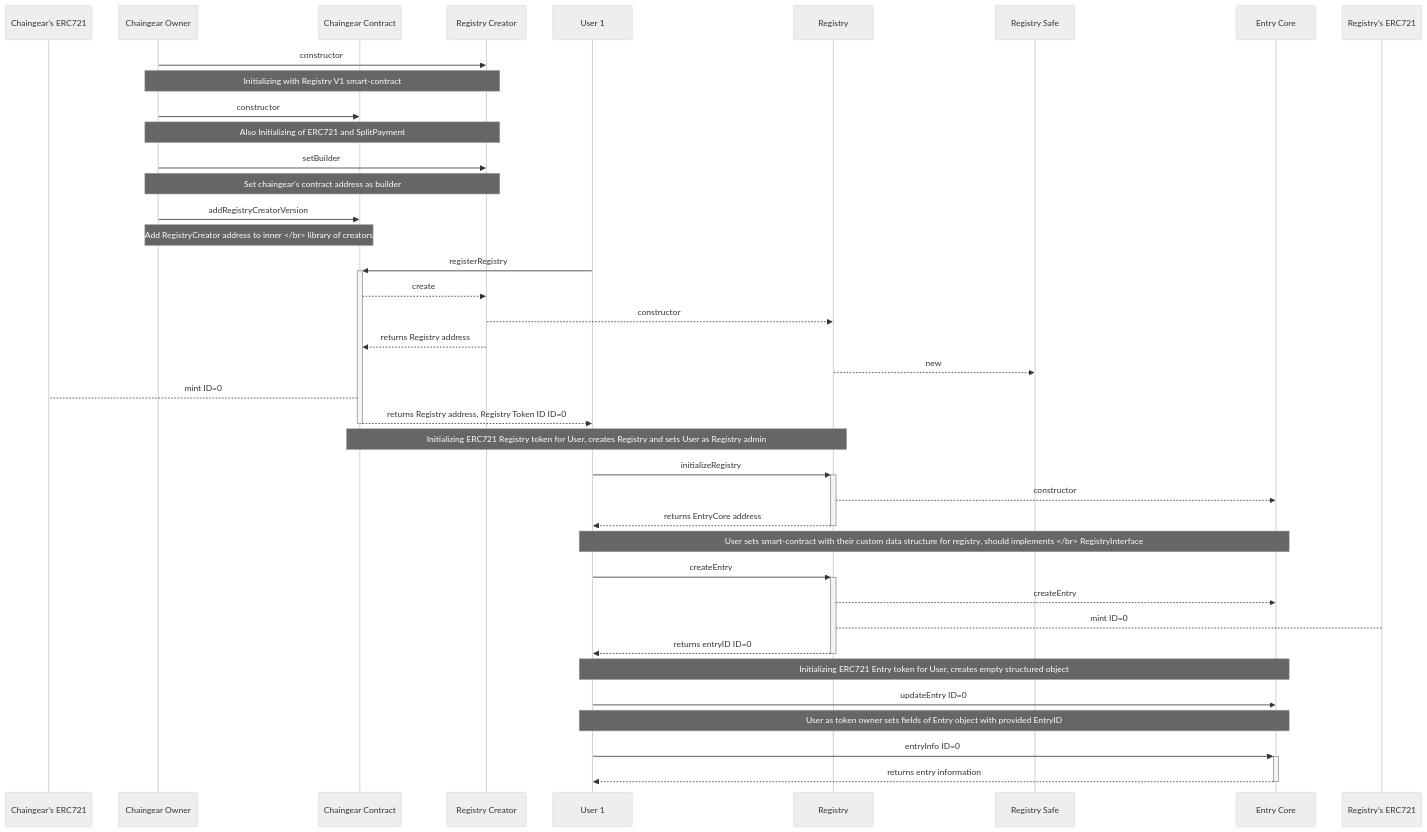
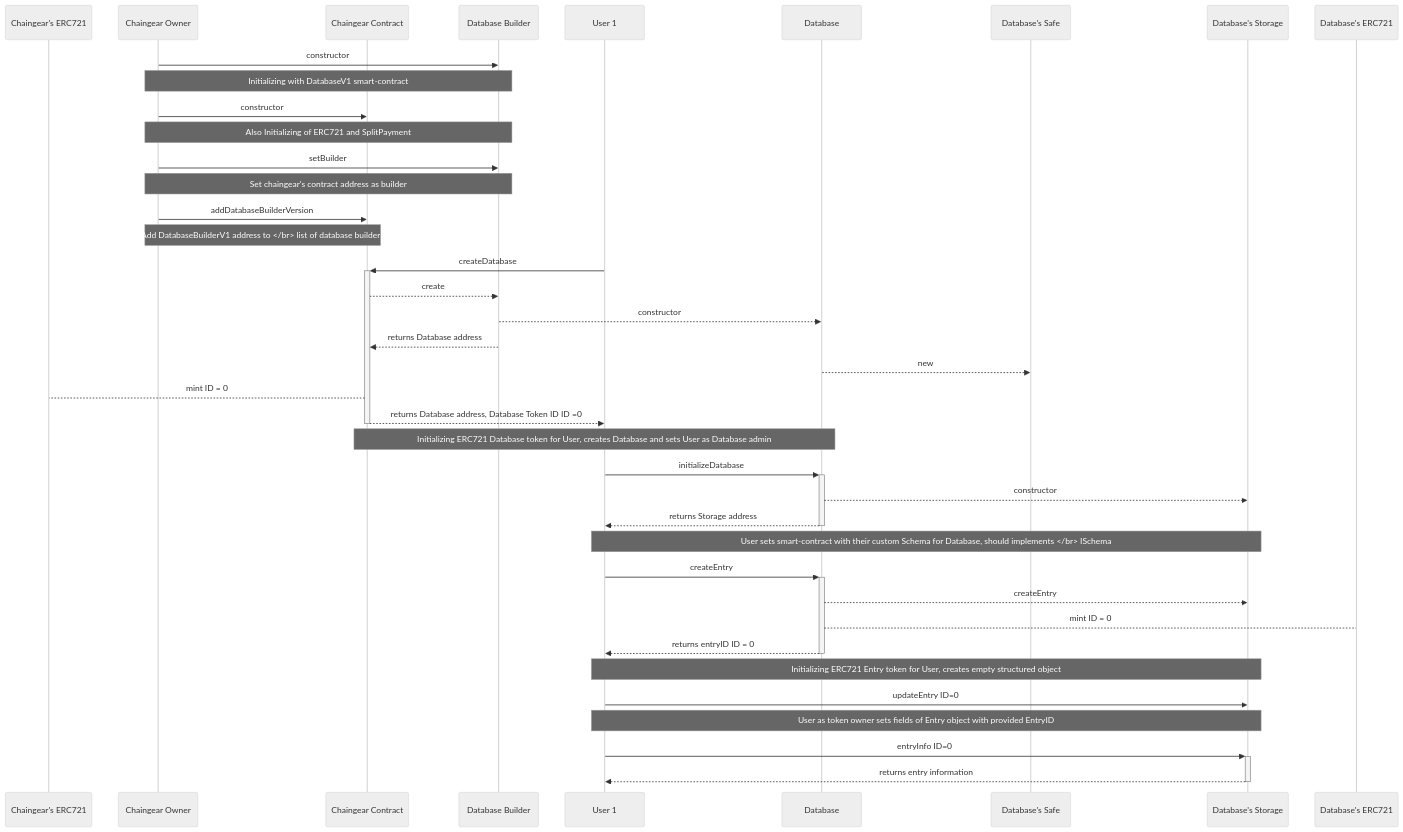
Before and after one commit to sdliuyuzhi/Library: the diagram in сhaingear/mermaid/origin/pipelines-general_pipeline.mmd, drawn with Mermaid (neutral theme). The commit also changed 68 other files, not shown here.

```diff
--- a/сhaingear/mermaid/origin/pipelines-general_pipeline.mmd
+++ b/сhaingear/mermaid/origin/pipelines-general_pipeline.mmd
@@ -1,48 +1,48 @@
 sequenceDiagram
     participant C721 as Chaingear's ERC721
     participant O as Chaingear Owner
     participant CC as Chaingear Contract
-    participant RC as Registry Creator
+    participant RC as Database Builder
     participant U1 as User 1
-    participant R as Registry
-    participant S as Registry Safe
-    participant EC as Entry Core
-    participant R721 as Registry's ERC721 
+    participant R as Database
+    participant S as Database's Safe
+    participant EC as Database's Storage
+    participant R721 as Database's ERC721 
     
     O->>RC: constructor
-    Note over O, RC: Initializing with Registry V1 smart-contract
+    Note over O, RC: Initializing with DatabaseV1 smart-contract
     
     O->>CC: constructor
     Note over O, RC: Also Initializing of ERC721 and SplitPayment
     
     O->>RC: setBuilder
     Note over O, RC: Set chaingear's contract address as builder
     
-    O->>CC: addRegistryCreatorVersion
-    Note over O, CC: Add RegistryCreator address to inner </br> library of creators
+    O->>CC: addDatabaseBuilderVersion
+    Note over O, CC: Add DatabaseBuilderV1 address to </br> list of database builders
     
-    U1->>+CC: registerRegistry
+    U1->>+CC: createDatabase
     CC-->>RC: create
     RC-->>R: constructor
-    RC-->>CC: returns Registry address
+    RC-->>CC: returns Database address
     R-->>S: new
-    CC-->C721: mint ID=0
-    CC-->>-U1: returns Registry address, Registry Token ID ID=0
-    Note over R, CC: Initializing ERC721 Registry token for User, creates Registry and sets User as Registry admin
+    CC-->C721: mint ID = 0
+    CC-->>-U1: returns Database address, Database Token ID ID =0
+    Note over R, CC: Initializing ERC721 Database token for User, creates Database and sets User as Database admin
     
-    U1->>+R: initializeRegistry
+    U1->>+R: initializeDatabase
     R-->>EC: constructor
-    R-->>-U1: returns EntryCore address
-    Note over U1, EC: User sets smart-contract with their custom data structure for registry, should implements </br> RegistryInterface
+    R-->>-U1: returns Storage address
+    Note over U1, EC: User sets smart-contract with their custom Schema for Database, should implements </br> ISchema
     
     U1->>+R: createEntry
     R-->>EC: createEntry
-    R-->R721: mint ID=0
-    R-->>-U1: returns entryID ID=0
+    R-->R721: mint ID = 0
+    R-->>-U1: returns entryID ID = 0
     Note over U1, EC: Initializing ERC721 Entry token for User, creates empty structured object 
     
     U1->>EC: updateEntry ID=0
     Note over U1, EC: User as token owner sets fields of Entry object with provided EntryID
     
     U1->>+EC: entryInfo ID=0
     EC-->>-U1: returns entry information
```
